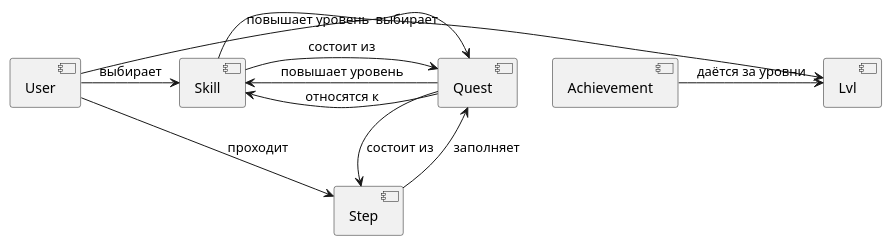
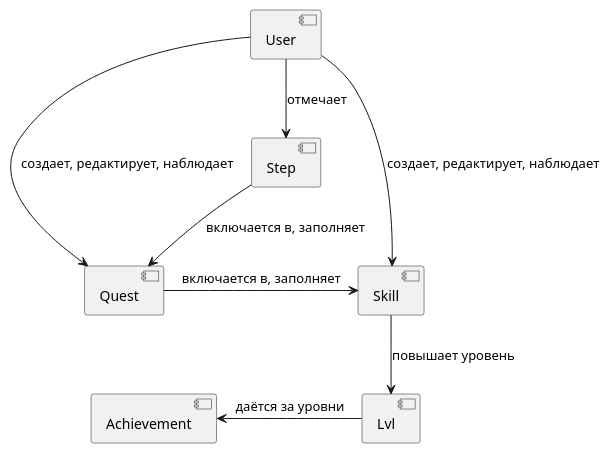
The diagram in doc/components.puml (Nooblisk/levelup), drawn with PlantUML before and after one commit.

Commit message:
update diagram

```diff
--- a/doc/components.puml
+++ b/doc/components.puml
@@ -1,12 +1,9 @@
 @startuml
-[User] -> [Skill]: выбирает
-[User] -> [Quest]: выбирает
-[Quest] -> [Skill]: относятся к
-[Quest] -> [Step]: состоит из
-[User] -> [Step]: проходит
-[Step] --> [Quest]: заполняет
-[Quest] -> [Skill]: повышает уровень
-[Skill] -> [Lvl]: повышает уровень
-[Skill] -> [Quest]: состоит из
-[Achievement] -> [Lvl]: даётся за уровни
+[User] -down-> [Skill]: создает, редактирует, наблюдает
+[User] -down-> [Quest]: создает, редактирует, наблюдает
+[User] -down-> [Step]: отмечает
+[Quest] -> [Skill]: включается в, заполняет
+[Step] --> [Quest]: включается в, заполняет
+[Skill] --> [Lvl]: повышает уровень
+[Achievement] <- [Lvl]: даётся за уровни
 @enduml
```
